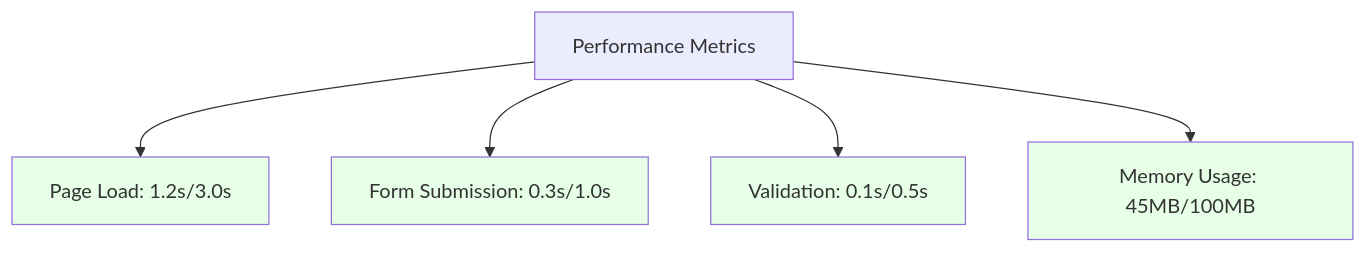
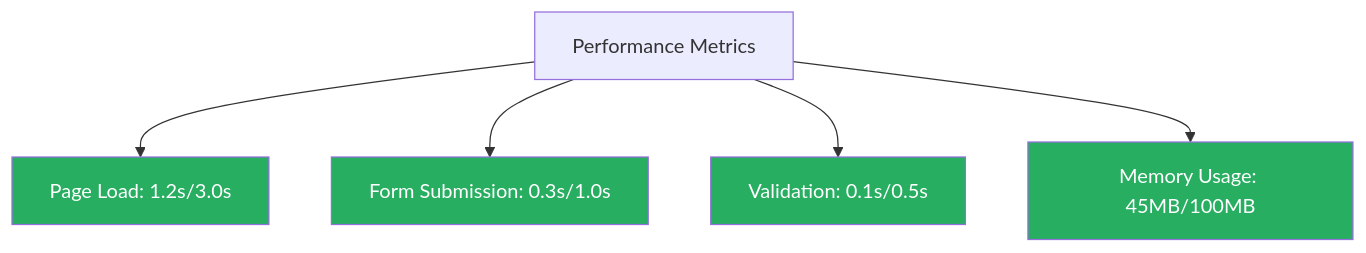
Before and after one commit to Tasmimdristy7/qa-lifecycle-suite: the sixth of 12 diagrams in visuals/clean-project-overview.md, drawn with Mermaid. The commit also changed other lines of this file and 3 other files, not shown here.

````diff
--- a/visuals/clean-project-overview.md
+++ b/visuals/clean-project-overview.md
@@ -150,12 +150,12 @@
 ```mermaid
 graph TD
     A[Performance Metrics] --> B[Page Load: 1.2s/3.0s]
     A --> C[Form Submission: 0.3s/1.0s]
     A --> D[Validation: 0.1s/0.5s]
     A --> E[Memory Usage: 45MB/100MB]
     
-    style B fill:#e6ffe6
-    style C fill:#e6ffe6
-    style D fill:#e6ffe6
-    style E fill:#e6ffe6
+    style B fill:#27ae60,color:#ffffff
+    style C fill:#27ae60,color:#ffffff
+    style D fill:#27ae60,color:#ffffff
+    style E fill:#27ae60,color:#ffffff
 ```
````
